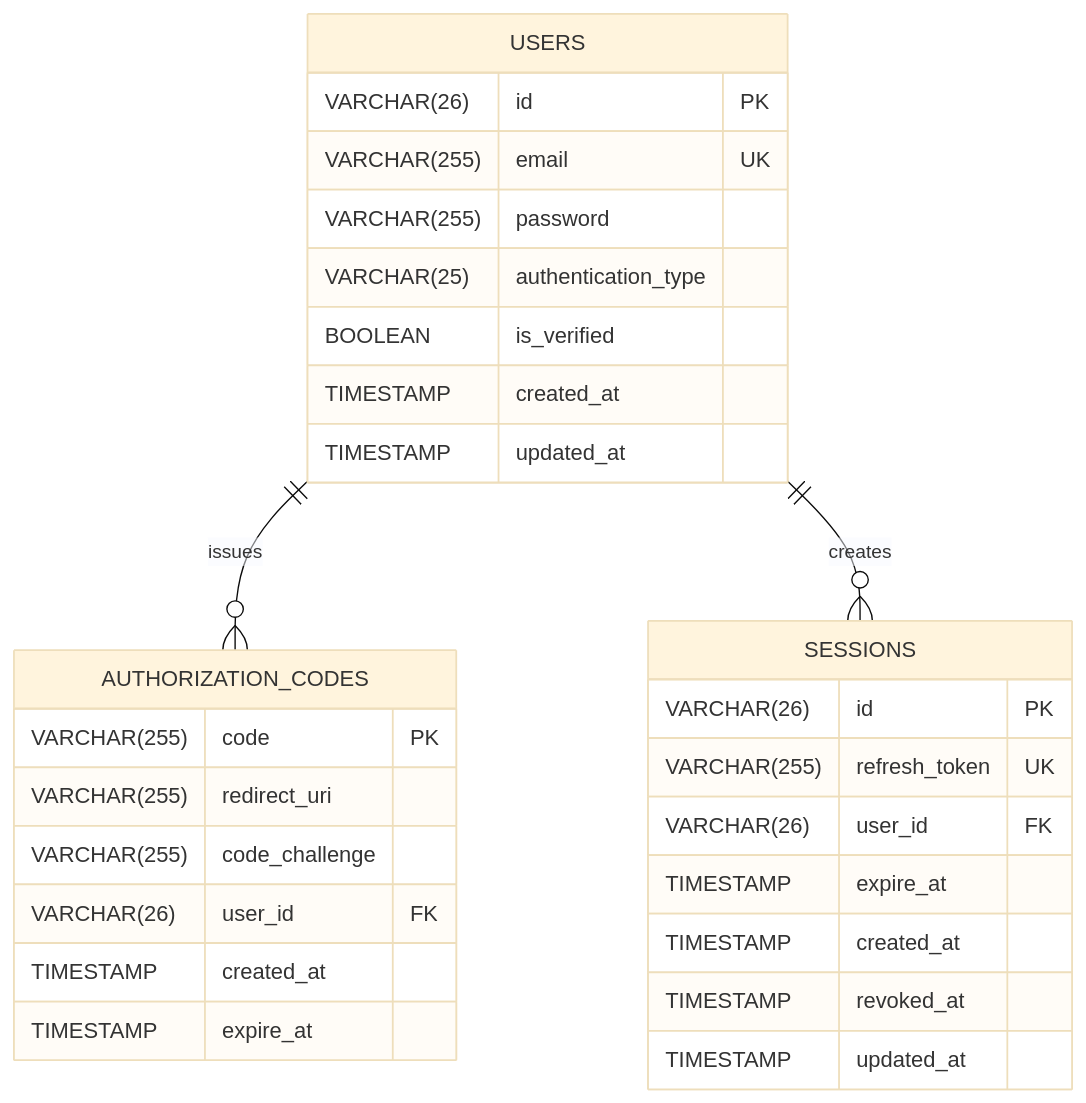
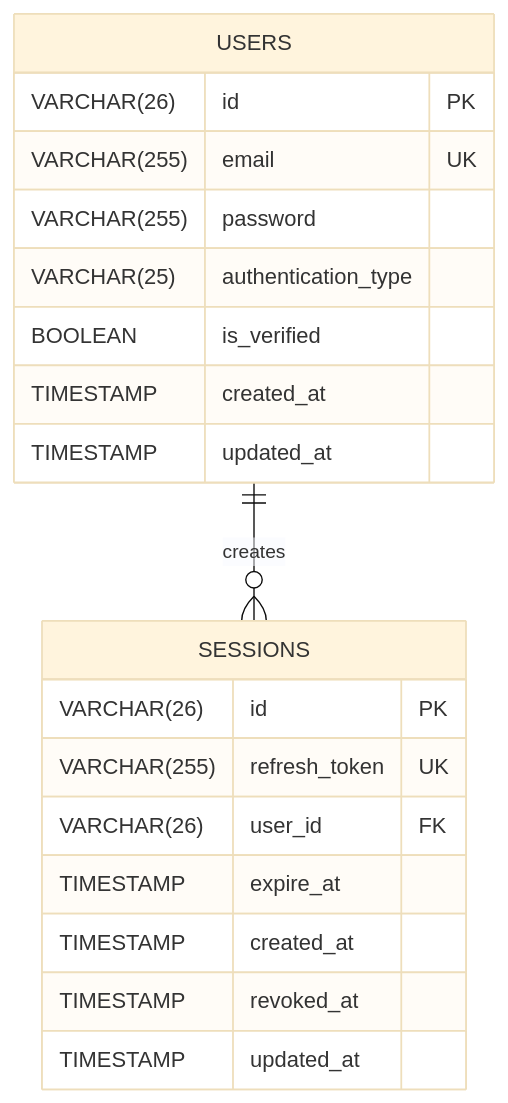
The diagram in docs/authentication-api/data.md (kaiqkt/documentations-md), drawn with Mermaid (base theme) before and after one commit. The commit also changed other lines of this file and 10 other files, not shown here.

````diff
--- a/docs/authentication-api/data.md
+++ b/docs/authentication-api/data.md
@@ -24,34 +18,24 @@
 ```mermaid
 erDiagram
     USERS {
         VARCHAR(26) id PK
         VARCHAR(255) email UK
         VARCHAR(255) password
         VARCHAR(25) authentication_type
         BOOLEAN is_verified
         TIMESTAMP created_at
         TIMESTAMP updated_at
     }
 
-    AUTHORIZATION_CODES {
-        VARCHAR(255) code PK
-        VARCHAR(255) redirect_uri
-        VARCHAR(255) code_challenge
-        VARCHAR(26) user_id FK
-        TIMESTAMP created_at
-        TIMESTAMP expire_at
-    }
-
     SESSIONS {
         VARCHAR(26) id PK
         VARCHAR(255) refresh_token UK
         VARCHAR(26) user_id FK
         TIMESTAMP expire_at
         TIMESTAMP created_at
         TIMESTAMP revoked_at
         TIMESTAMP updated_at
     }
 
-    USERS ||--o{ AUTHORIZATION_CODES : "issues"
     USERS ||--o{ SESSIONS : "creates"
 ```
````
